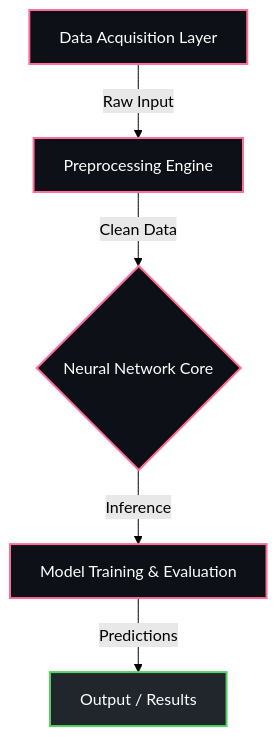
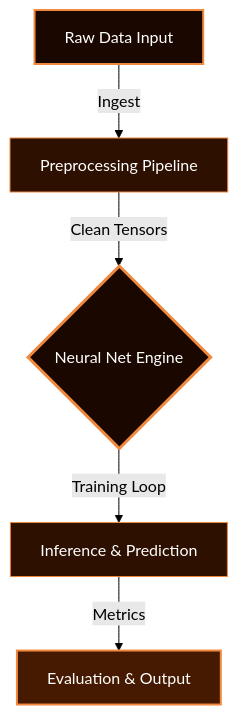
Before and after one commit to karthik-idikuda/Prescription-System: the diagram in README.md, drawn with Mermaid (forest theme). The commit also changed other lines of this file, not shown here.

````diff
--- a/README.md
+++ b/README.md
@@ -28,14 +34,13 @@
 ```mermaid
 graph TD;
-    A["Data Acquisition Layer"] -->|Raw Input| B["Preprocessing Engine"];
-    B -->|Clean Data| D{"Neural Network Core"};
-    D -->|Inference| E["Model Training & Evaluation"];
-    E -->|Predictions| F["Output / Results"];
+    A["Raw Data Input"] -->|"Ingest"| B["Preprocessing Pipeline"];
+    B -->|"Clean Tensors"| D{"Neural Net Engine"};
+    D -->|"Training Loop"| E["Inference & Prediction"];
+    E -->|"Metrics"| F["Evaluation & Output"];
 
-    classDef ml fill:#0d1117,stroke:#ff6e96,stroke-width:2px,color:#fff;
-    classDef cv fill:#161b22,stroke:#79c0ff,stroke-width:2px,color:#fff;
-    classDef web fill:#21262d,stroke:#56d364,stroke-width:2px,color:#fff;
-    class A,B ml;
-    class D,E ml;
-    class F,G web;
+    style A fill:#1a0800,stroke:#f0883e,stroke-width:2px,color:#fff
+    style B fill:#2d1000,stroke:#f0883e,stroke-width:1px,color:#fff
+    style D fill:#1a0800,stroke:#f0883e,stroke-width:3px,color:#fff
+    style E fill:#2d1000,stroke:#f0883e,stroke-width:1px,color:#fff
+    style F fill:#451a00,stroke:#f0883e,stroke-width:2px,color:#fff
 ```
````
